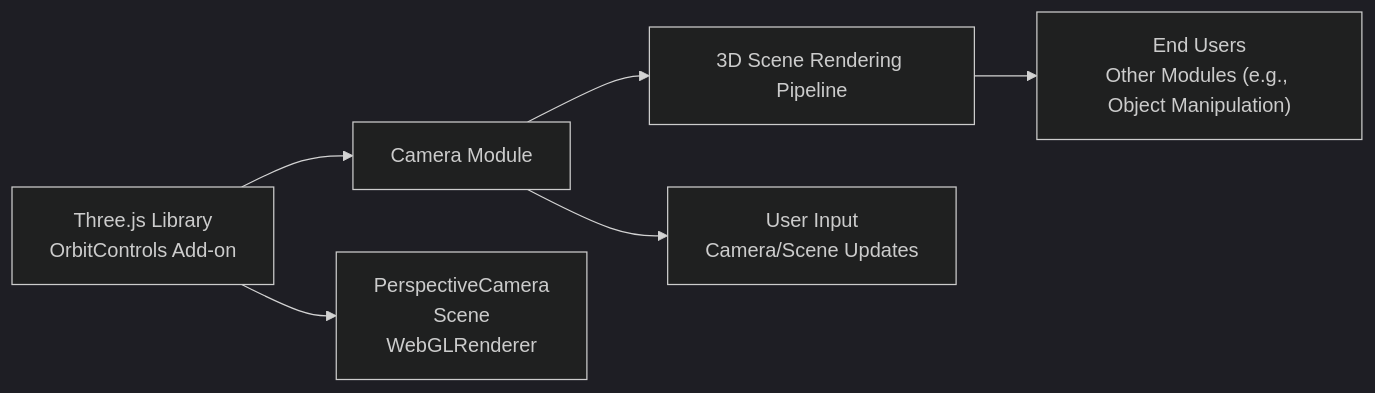
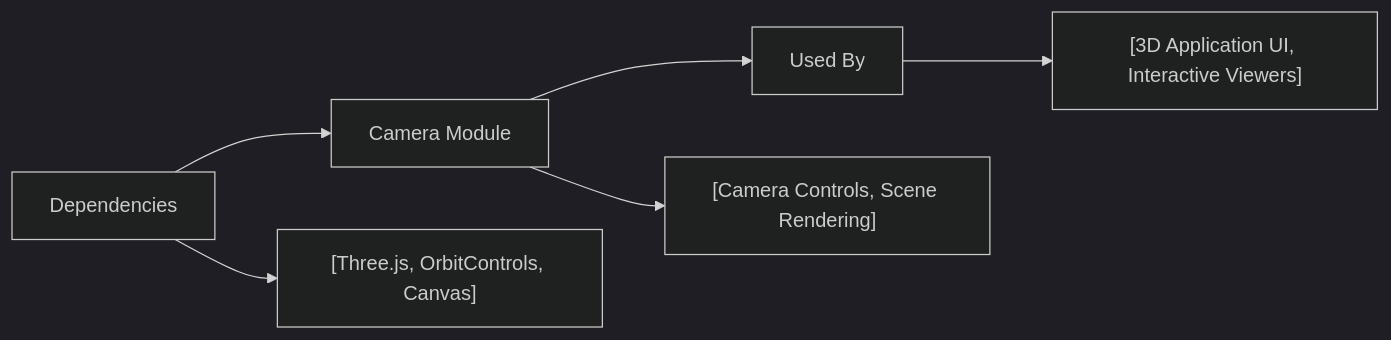
Before and after one commit to NicoooM/three-js-test: the diagram in .shelfya/guide/camera.md, drawn with Mermaid (dark theme). The commit also changed other lines of this file and 15 other files, not shown here.

````diff
--- a/.shelfya/guide/camera.md
+++ b/.shelfya/guide/camera.md
@@ -61,8 +64,7 @@
 ```mermaid
 flowchart LR
-  dependencies["Three.js Library<br/>OrbitControls Add-on"] --> thisModule["Camera Module"]
-  thisModule --> usedBy["3D Scene Rendering Pipeline"]
-  dependencies --> details["PerspectiveCamera<br/>Scene<br/>WebGLRenderer"]
-  thisModule --> process["User Input<br/>Camera/Scene Updates"]
-  usedBy --> consumers["End Users<br/>Other Modules (e.g., Object Manipulation)"]
+  dependencies["Dependencies"] --> thisModule["Camera Module"] --> usedBy["Used By"]
+  dependencies --> details["[Three.js, OrbitControls, Canvas]"]
+  thisModule --> process["[Camera Controls, Scene Rendering]"] 
+  usedBy --> consumers["[3D Application UI, Interactive Viewers]"]
 ```
````
